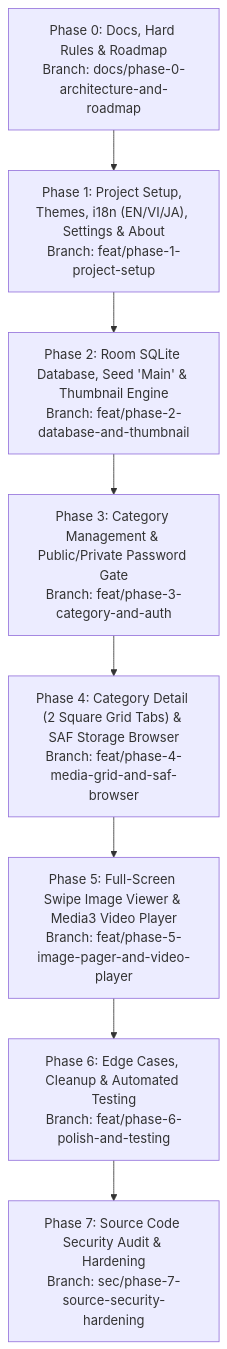
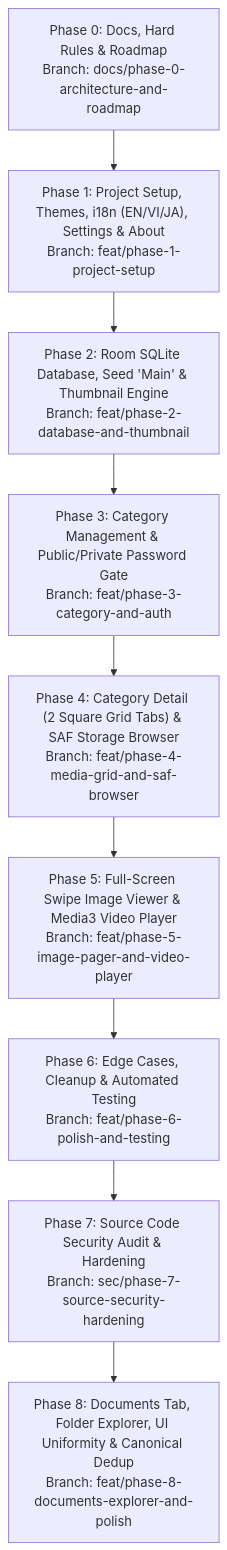
Before and after one commit to kitoku95/media-archive: the diagram in docs/roadmap/implementation-phases.md, drawn with Mermaid. The commit also changed other lines of this file and 37 other files, not shown here.

Commit message:
feat(documents): add documents tab, canonical saf deduplication, hidden folder filter and uniform category card height

````diff
--- a/docs/roadmap/implementation-phases.md
+++ b/docs/roadmap/implementation-phases.md
@@ -24,11 +25,12 @@
 ```mermaid
 flowchart TD
     P0["Phase 0: Docs, Hard Rules & Roadmap\nBranch: docs/phase-0-architecture-and-roadmap"] --> P1
     P1["Phase 1: Project Setup, Themes, i18n (EN/VI/JA), Settings & About\nBranch: feat/phase-1-project-setup"] --> P2
     P2["Phase 2: Room SQLite Database, Seed 'Main' & Thumbnail Engine\nBranch: feat/phase-2-database-and-thumbnail"] --> P3
     P3["Phase 3: Category Management & Public/Private Password Gate\nBranch: feat/phase-3-category-and-auth"] --> P4
     P4["Phase 4: Category Detail (2 Square Grid Tabs) & SAF Storage Browser\nBranch: feat/phase-4-media-grid-and-saf-browser"] --> P5
     P5["Phase 5: Full-Screen Swipe Image Viewer & Media3 Video Player\nBranch: feat/phase-5-image-pager-and-video-player"] --> P6
     P6["Phase 6: Edge Cases, Cleanup & Automated Testing\nBranch: feat/phase-6-polish-and-testing"] --> P7
-    P7["Phase 7: Source Code Security Audit & Hardening\nBranch: sec/phase-7-source-security-hardening"]
+    P7["Phase 7: Source Code Security Audit & Hardening\nBranch: sec/phase-7-source-security-hardening"] --> P8
+    P8["Phase 8: Documents Tab, Folder Explorer, UI Uniformity & Canonical Dedup\nBranch: feat/phase-8-documents-explorer-and-polish"]
 ```
````
